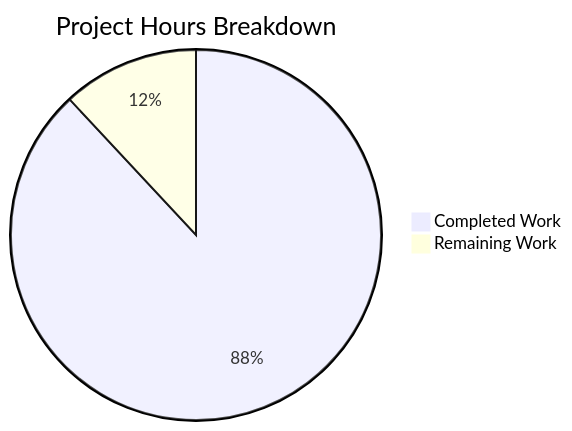
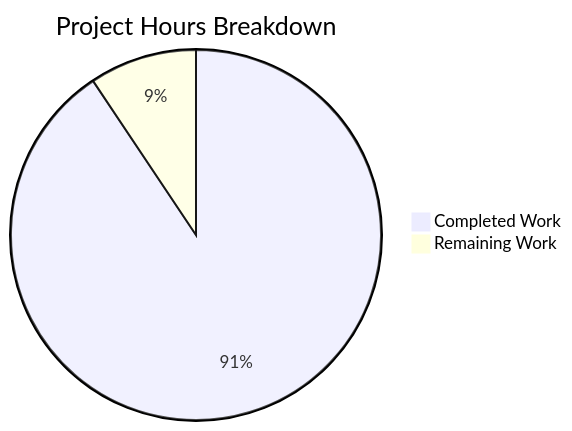
One commit to Blitzy-Sandbox/blitzy-linux changed the second of 2 diagrams in blitzy/documentation/Project Guide.md. Above: the diagram before and after it, drawn with Mermaid. The commit also changed other lines of this file, not shown here.

Commit message:
Adding Blitzy Project Guide: Project Status and Human Tasks Remaining

````diff
--- a/blitzy/documentation/Project Guide.md
+++ b/blitzy/documentation/Project Guide.md
@@ -211,5 +212,5 @@
 ```mermaid
 pie title Project Hours Breakdown
-    "Completed Work" : 118
-    "Remaining Work" : 16
+    "Completed Work" : 87
+    "Remaining Work" : 9
 ```
````
